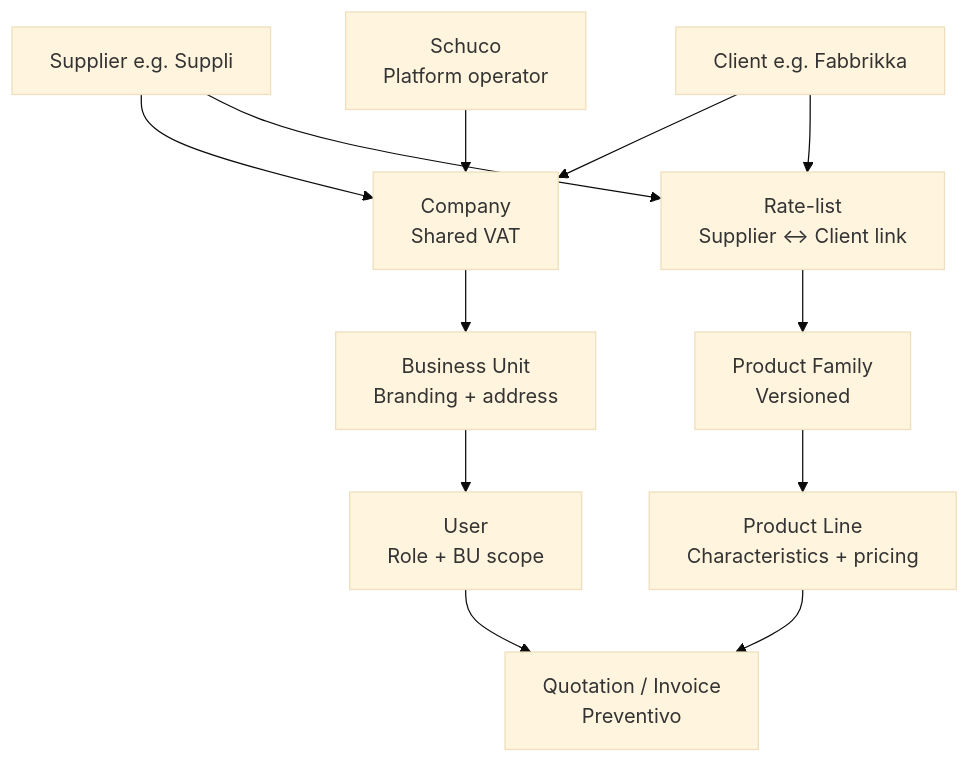
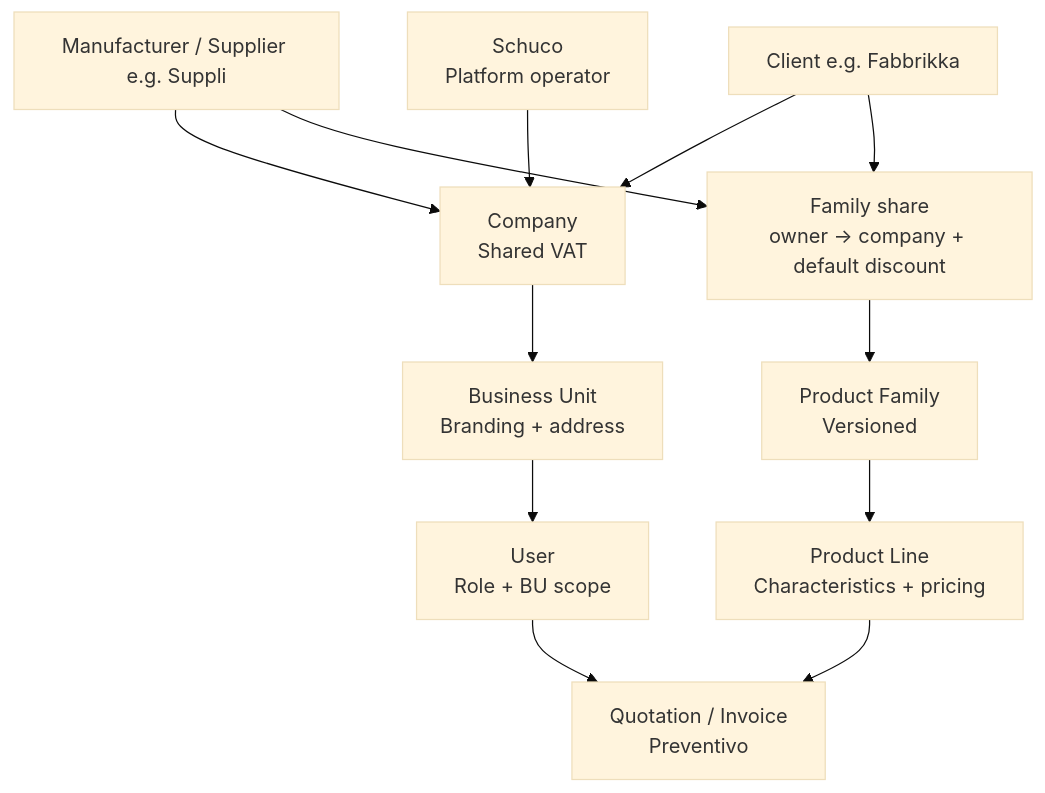
The third of 4 diagrams in docs/technical-overview.md (saifookhan/previo-schuco), drawn with Mermaid (base theme) before and after one commit. The commit also changed other lines of this file and 43 other files, not shown here.

````diff
--- a/docs/technical-overview.md
+++ b/docs/technical-overview.md
@@ -103,24 +95,24 @@
 ```mermaid
 flowchart TB
   Schuco[Schuco<br/>Platform operator]
-  Supplier[Supplier e.g. Suppli]
+  Supplier[Manufacturer / Supplier e.g. Suppli]
   Client[Client e.g. Fabbrikka]
 
   Company[Company<br/>Shared VAT]
   BU[Business Unit<br/>Branding + address]
   User[User<br/>Role + BU scope]
 
-  RateList[Rate-list<br/>Supplier ↔ Client link]
+  Share[Family share<br/>owner → company + default discount]
   Family[Product Family<br/>Versioned]
   Line[Product Line<br/>Characteristics + pricing]
   Quote[Quotation / Invoice<br/>Preventivo]
 
   Schuco --> Company
   Supplier --> Company
   Client --> Company
   Company --> BU --> User
-  Supplier --> RateList
-  Client --> RateList
-  RateList --> Family --> Line --> Quote
+  Supplier --> Share
+  Client --> Share
+  Share --> Family --> Line --> Quote
   User --> Quote
 ```
````
